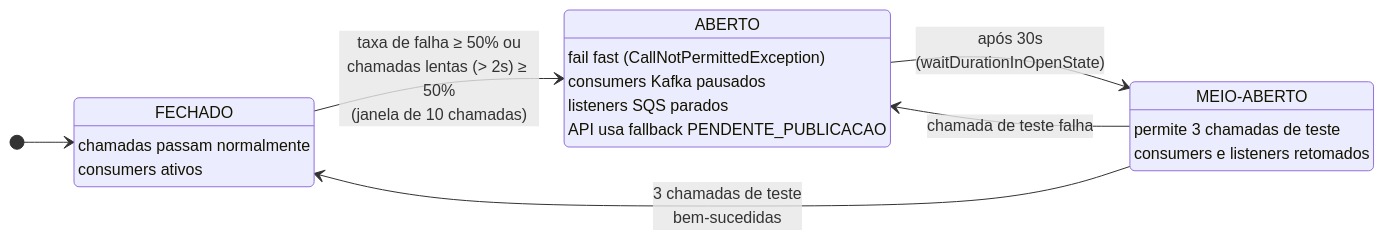
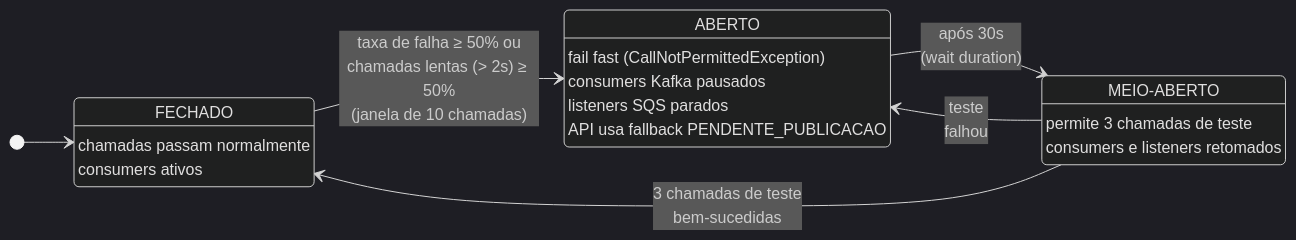
Before and after one commit to rafaelzucon/fluxo-de-credito: the diagram in docs/circuit-breaker.mmd, drawn with Mermaid. The commit also changed 12 other files, not shown here.

```diff
--- a/docs/circuit-breaker.mmd
+++ b/docs/circuit-breaker.mmd
@@ -1,19 +1,20 @@
+%%{init: {"theme": "dark"}}%%
 stateDiagram-v2
     direction LR
     [*] --> FECHADO
     FECHADO --> ABERTO: taxa de falha ≥ 50% ou<br/>chamadas lentas (> 2s) ≥ 50%<br/>(janela de 10 chamadas)
-    ABERTO --> MEIO_ABERTO: após 30s<br/>(waitDurationInOpenState)
+    ABERTO --> MEIO_ABERTO: após 30s<br/>(wait duration)
     MEIO_ABERTO --> FECHADO: 3 chamadas de teste<br/>bem-sucedidas
-    MEIO_ABERTO --> ABERTO: chamada de teste falha
+    MEIO_ABERTO --> ABERTO: teste<br/>falhou
 
     FECHADO: FECHADO
     FECHADO: chamadas passam normalmente
     FECHADO: consumers ativos
     ABERTO: ABERTO
     ABERTO: fail fast (CallNotPermittedException)
     ABERTO: consumers Kafka pausados
     ABERTO: listeners SQS parados
     ABERTO: API usa fallback PENDENTE_PUBLICACAO
     MEIO_ABERTO: MEIO-ABERTO
     MEIO_ABERTO: permite 3 chamadas de teste
     MEIO_ABERTO: consumers e listeners retomados
```
